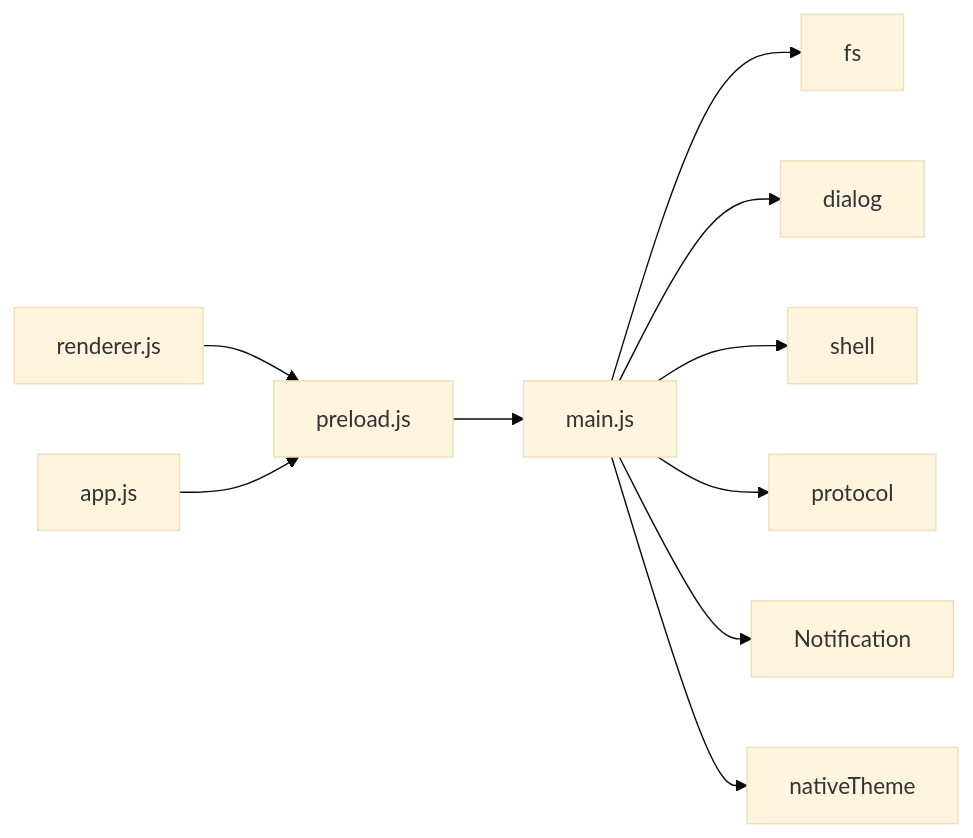
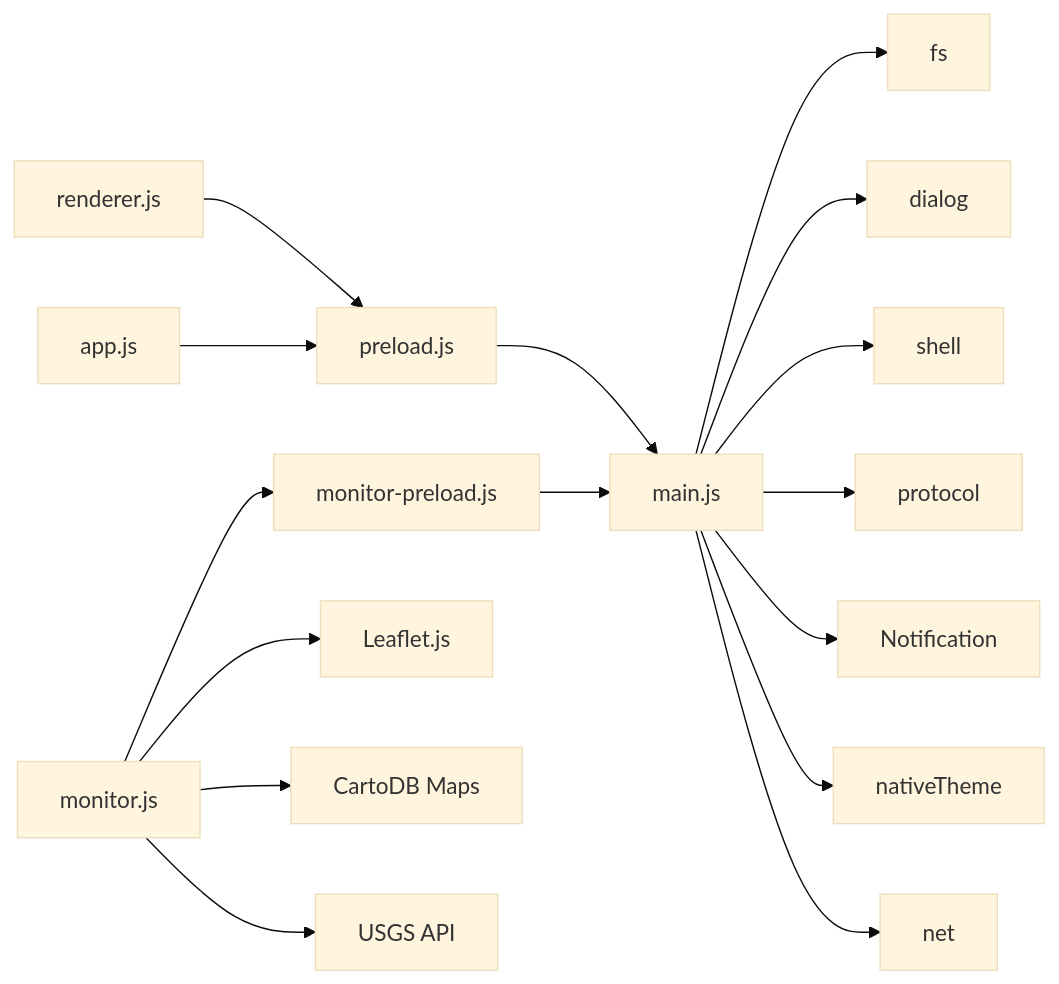
The third of 3 diagrams in .qoder/repowiki/en/content/API Reference.md (Annguyen0410/Personal-Messenger-Like-Storage-), drawn with Mermaid (base theme) before and after one commit. The commit also changed other lines of this file and 10 other files, not shown here.

````diff
--- a/.qoder/repowiki/en/content/API Reference.md
+++ b/.qoder/repowiki/en/content/API Reference.md
@@ -349,12 +453,18 @@
 ```mermaid
 graph LR
 R["renderer.js"] --> PB["preload.js"]
 A["app.js"] --> PB
 PB --> M["main.js"]
+MR["monitor.js"] --> MPB["monitor-preload.js"]
+MPB --> M
 M --> FS["fs"]
 M --> D["dialog"]
 M --> SH["shell"]
 M --> PR["protocol"]
 M --> NT["Notification"]
 M --> TH["nativeTheme"]
+M --> NET["net"]
+MR --> L["Leaflet.js"]
+MR --> CB["CartoDB Maps"]
+MR --> USGS["USGS API"]
 ```
````
